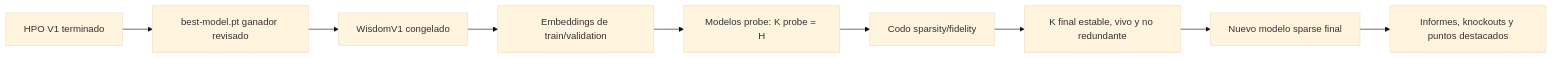
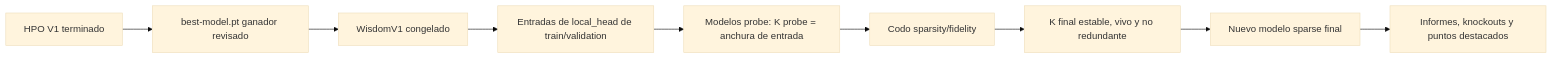
Before and after one commit to Davimity/WISDOM: the fifth of 5 diagrams in README.es.md, drawn with Mermaid (base theme). The commit also changed other lines of this file and 25 other files, not shown here.

````diff
--- a/README.es.md
+++ b/README.es.md
@@ -2838,11 +3153,11 @@
 ```mermaid
 flowchart LR
     A["HPO V1 terminado"] --> B["best-model.pt ganador revisado"]
     B --> C["WisdomV1 congelado"]
-    C --> D["Embeddings de train/validation"]
-    D --> E["Modelos probe: K probe = H"]
+    C --> D["Entradas de local_head de train/validation"]
+    D --> E["Modelos probe: K probe = anchura de entrada"]
     E --> F["Codo sparsity/fidelity"]
     F --> G["K final estable, vivo y no redundante"]
     G --> H["Nuevo modelo sparse final"]
     H --> I["Informes, knockouts y puntos destacados"]
 ```
````
